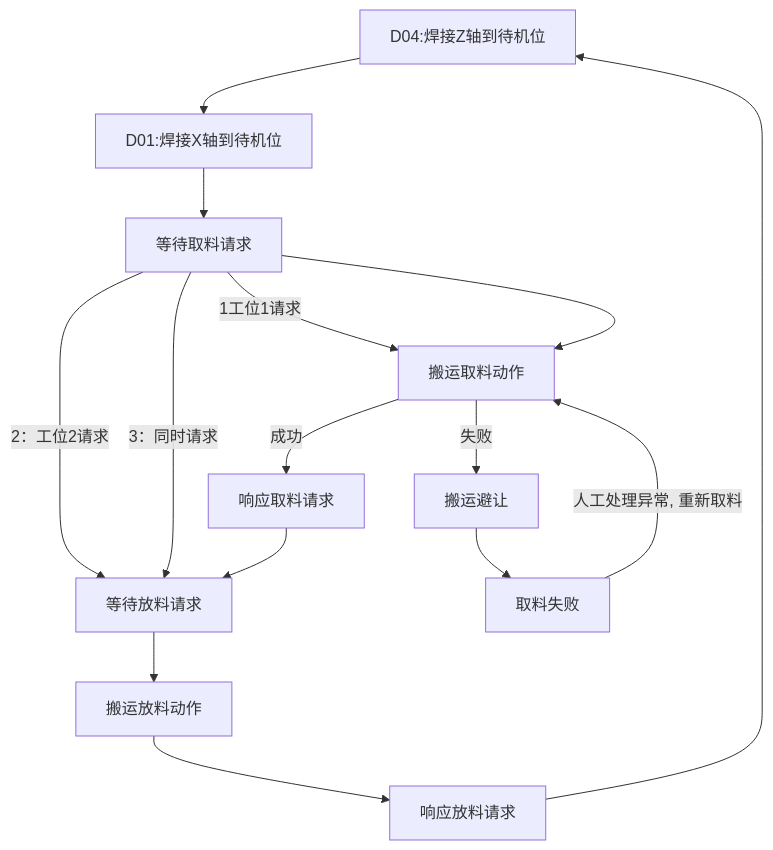
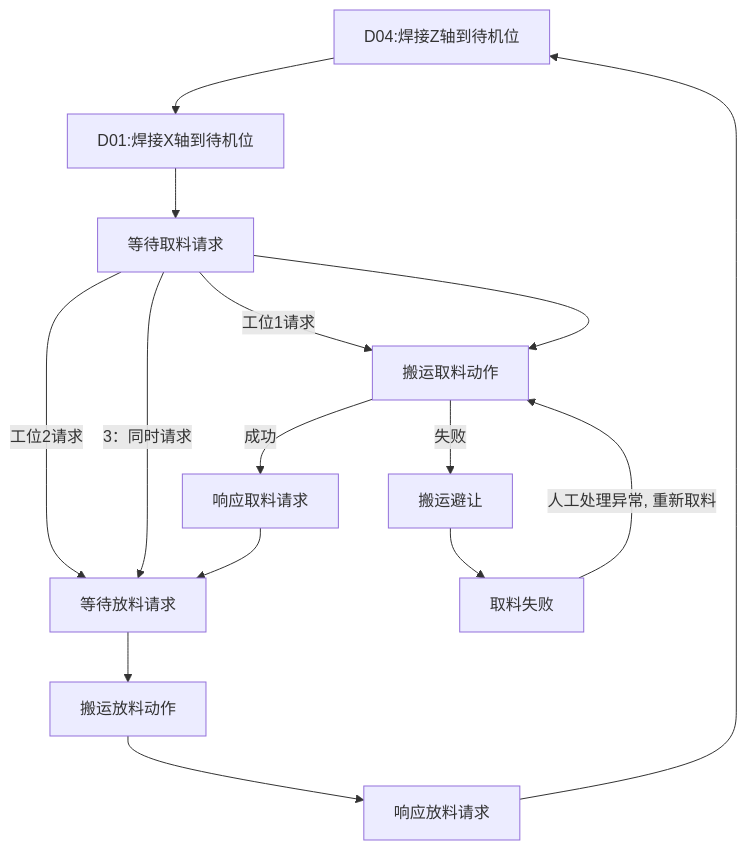
One commit to PengKun1/iodraw-files changed the diagram in all/OP10焊接工位自动流程.md. Above: the diagram before and after it, drawn with Mermaid.

Commit message:
2024-08-06 16:55:32 update

````diff
--- a/all/OP10焊接工位自动流程.md
+++ b/all/OP10焊接工位自动流程.md
@@ -1,19 +1,19 @@
 ```mermaid
 graph TD
 10[D04:焊接Z轴到待机位]-->20
 20[D01:焊接X轴到待机位]-->30
-30{等待请求焊接信号}-->|1工位1请求|40
-30-->|2：工位2请求|60
+30{等待请求焊接信号}-->|工位1请求|40
+30-->|工位2请求|60
 30-->|3：同时请求|60
 30[等待取料请求]-->40
 40[搬运取料动作]-->|成功|50
 40-->|失败|90
 50[响应取料请求]-->60
 60[等待放料请求]-->70
 70[搬运放料动作]-->80
 80[响应放料请求]-->10
 
 90[搬运避让]-->900
 
 900[取料失败]-->|人工处理异常, 重新取料|40
 ```
````
